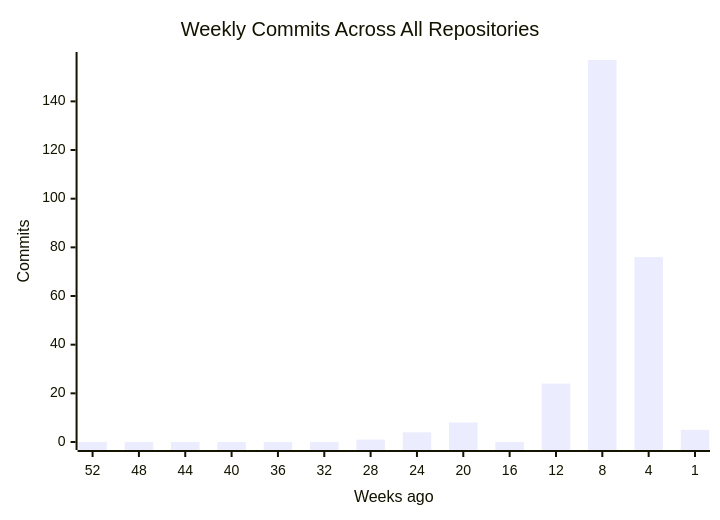
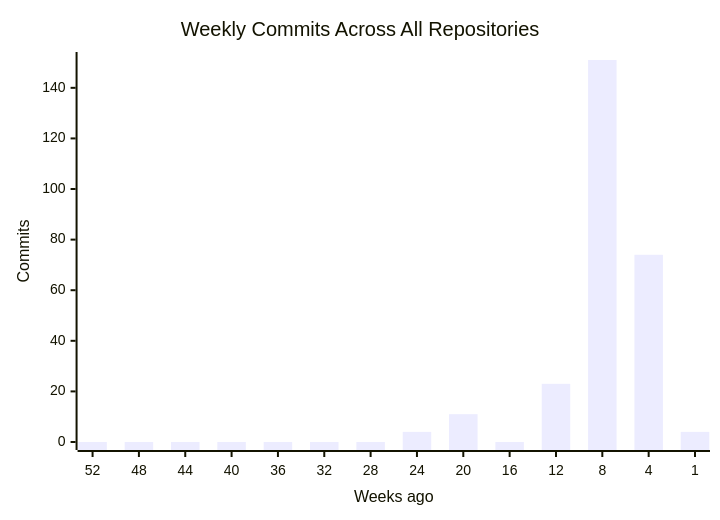
Before and after one commit to CSTH-Projects/.github: the first of 4 diagrams in profile/README.md, drawn with Mermaid. The commit also changed other lines of this file, not shown here.

````diff
--- a/profile/README.md
+++ b/profile/README.md
@@ -16,7 +16,7 @@
 ```mermaid
 xychart-beta
     title "Weekly Commits Across All Repositories"
     x-axis "Weeks ago" [52, 48, 44, 40, 36, 32, 28, 24, 20, 16, 12, 8, 4, 1]
     y-axis "Commits"
-    bar [0, 0, 0, 0, 0, 0, 1, 4, 8, 0, 24, 157, 76, 5]
+    bar [0, 0, 0, 0, 0, 0, 0, 4, 11, 0, 23, 151, 74, 4]
 ```
````
